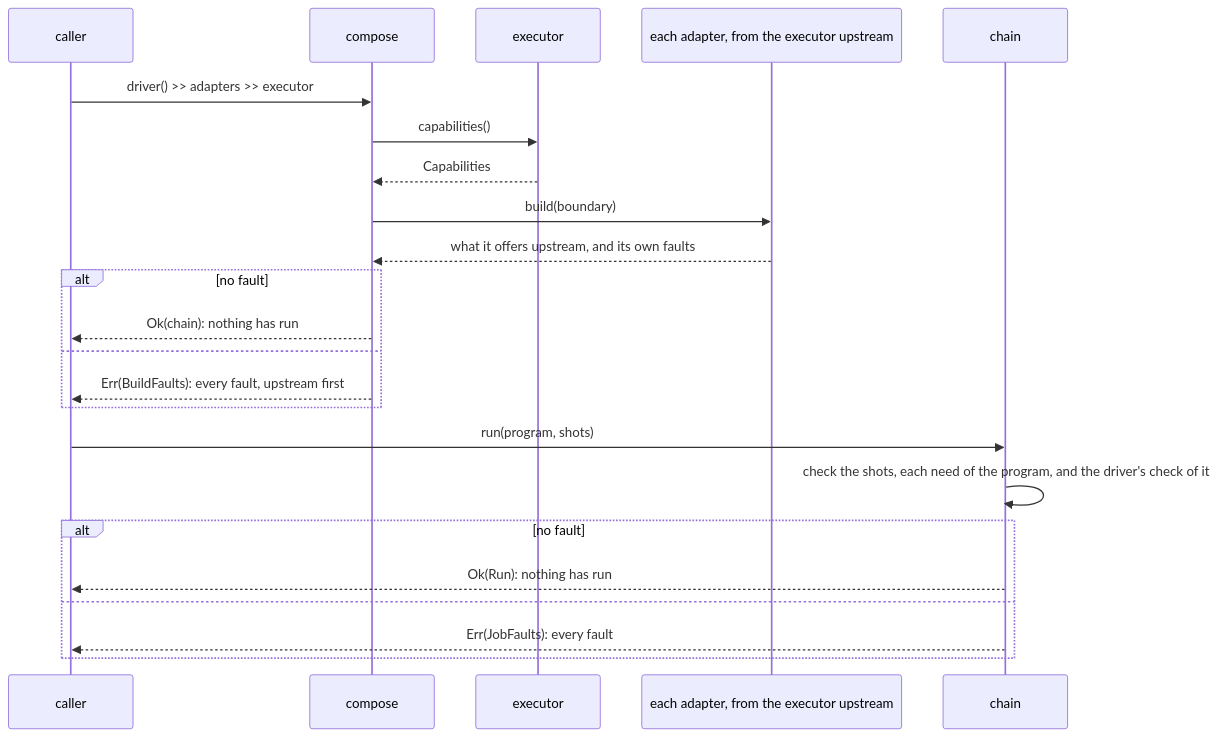
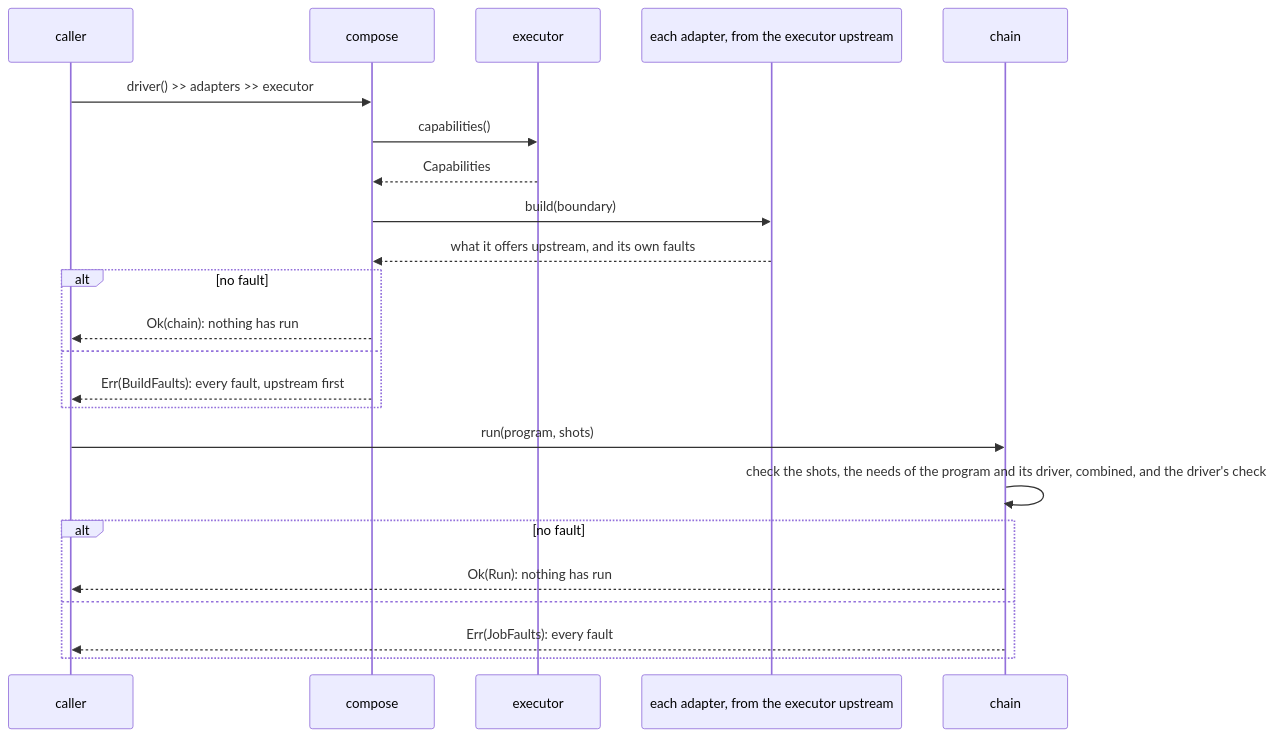
One commit to microsoft/qdk changed the first of 6 diagrams in source/executor_protocol/docs/protocol.md. Above: the diagram before and after it, drawn with Mermaid. The commit also changed other lines of this file and 45 other files, not shown here.

First line of the commit message:
executor_protocol: make a program data, driven by its driver

````diff
--- a/source/executor_protocol/docs/protocol.md
+++ b/source/executor_protocol/docs/protocol.md
@@ -54,25 +54,25 @@
 ```mermaid
 sequenceDiagram
   participant C as caller
   participant P as compose
   participant E as executor
   participant A as each adapter, from the executor upstream
   participant H as chain
   C->>P: driver() >> adapters >> executor
   P->>E: capabilities()
   E-->>P: Capabilities
   P->>A: build(boundary)
   A-->>P: what it offers upstream, and its own faults
   alt no fault
     P-->>C: Ok(chain): nothing has run
   else
     P-->>C: Err(BuildFaults): every fault, upstream first
   end
   C->>H: run(program, shots)
-  H->>H: check the shots, each need of the program, and the driver's check of it
+  H->>H: check the shots, the needs of the program and its driver, combined, and the driver's check
   alt no fault
     H-->>C: Ok(Run): nothing has run
   else
     H-->>C: Err(JobFaults): every fault
   end
 ```
````
